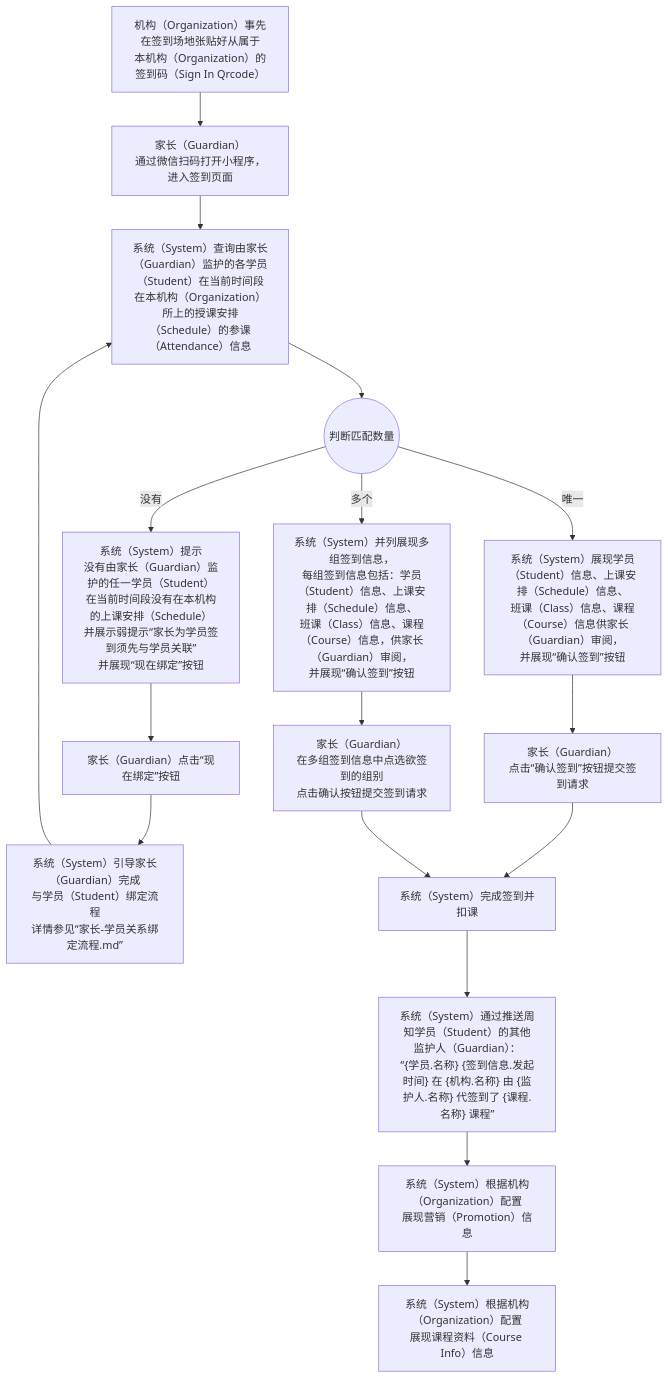
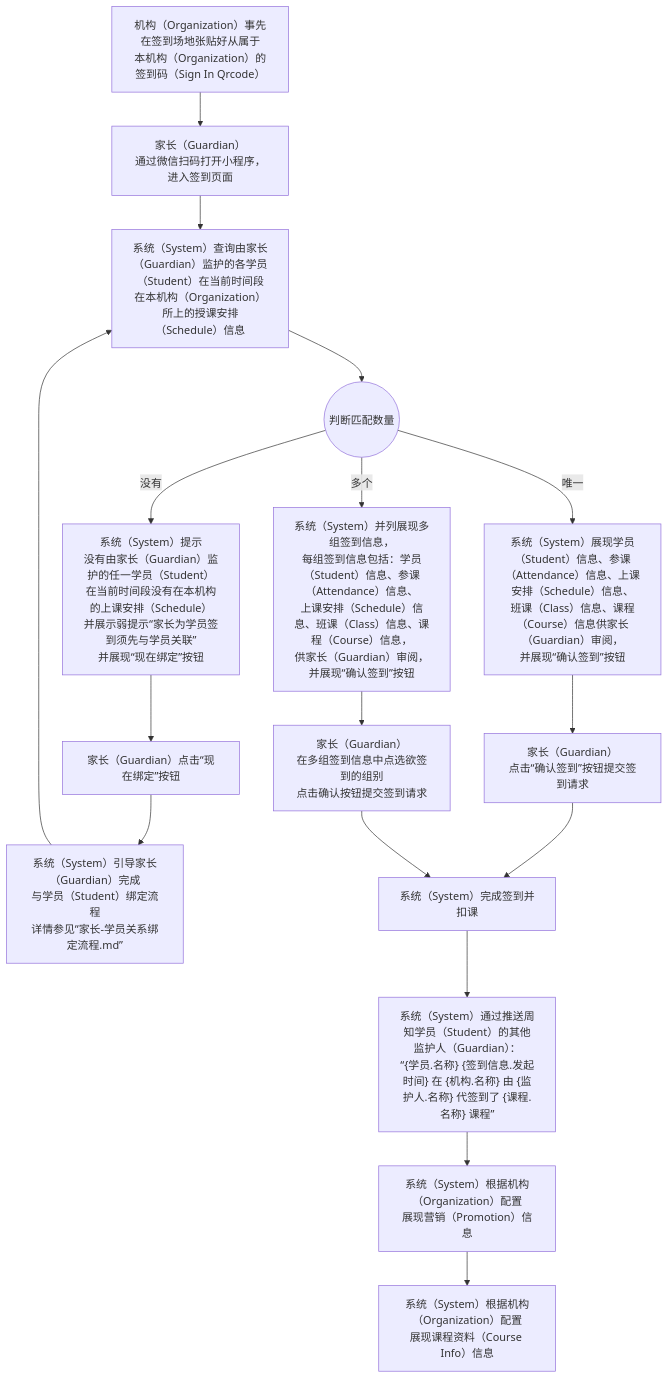
One commit to world-wide-web/sign changed the second of 3 diagrams in 用例/签到.md. Above: the diagram before and after it, drawn with Mermaid. The commit also changed other lines of this file, not shown here.

Commit message:
用例/签到.md updated from https://stackedit.io/

````diff
--- a/用例/签到.md
+++ b/用例/签到.md
@@ -44,34 +44,34 @@
 ```mermaid
 graph TD
 A["<center>机构（Organization）事先在签到场地张贴好从属于<br>本机构（Organization）的签到码（Sign In Qrcode）</center>"]
 B["<center>家长（Guardian）<br>通过微信扫码打开小程序，进入签到页面</center>"]
-C["<center>系统（System）查询由家长（Guardian）监护的各学员（Student）在当前时间段<br>在本机构（Organization）所上的授课安排（Schedule）的参课（Attendance）信息"]
+C["<center>系统（System）查询由家长（Guardian）监护的各学员（Student）在当前时间段<br>在本机构（Organization）所上的授课安排（Schedule）信息"]
 D(("<center>判断匹配数量</center>"))
 D0["<center>系统（System）提示<br>没有由家长（Guardian）监护的任一学员（Student）<br>在当前时间段没有在本机构的上课安排（Schedule）<br>并展示弱提示“家长为学员签到须先与学员关联”<br>并展现“现在绑定”按钮</center>"]
 D0A["<center>家长（Guardian）点击“现在绑定”按钮</center>"]
 D0B["<center>系统（System）引导家长（Guardian）完成<br>与学员（Student）绑定流程<br>详情参见“家长-学员关系绑定流程.md”</center>"]
-D1["<center>系统（System）展现学员（Student）信息、上课安排（Schedule）信息、<br>班课（Class）信息、课程（Course）信息供家长（Guardian）审阅，<br>并展现“确认签到”按钮</center>"]
+D1["<center>系统（System）展现学员（Student）信息、参课（Attendance）信息、上课安排（Schedule）信息、<br>班课（Class）信息、课程（Course）信息供家长（Guardian）审阅，<br>并展现“确认签到”按钮</center>"]
 D1A["<center>家长（Guardian）<br>点击“确认签到”按钮提交签到请求</center>"]
-Dn["<center>系统（System）并列展现多组签到信息，<br>每组签到信息包括：学员（Student）信息、上课安排（Schedule）信息、<br>班课（Class）信息、课程（Course）信息，供家长（Guardian）审阅，<br>并展现“确认签到”按钮</center>"]
+Dn["<center>系统（System）并列展现多组签到信息，<br>每组签到信息包括：学员（Student）信息、参课（Attendance）信息、<br>上课安排（Schedule）信息、班课（Class）信息、课程（Course）信息，<br>供家长（Guardian）审阅，并展现“确认签到”按钮</center>"]
 DnA["<center>家长（Guardian）<br>在多组签到信息中点选欲签到的组别<br>点击确认按钮提交签到请求</center>"]
 E["<center>系统（System）完成签到并扣课</center>"]
 F["<center>系统（System）通过推送周知学员（Student）的其他监护人（Guardian）：<br>“{学员.名称} {签到信息.发起时间} 在 {机构.名称} 由 {监护人.名称} 代签到了 {课程.名称} 课程”</center>"]
 G["<center>系统（System）根据机构（Organization）配置<br>展现营销（Promotion）信息</center>"]
 H["<center>系统（System）根据机构（Organization）配置<br>展现课程资料（Course Info）信息</center>"]
 A-->B
 B-->C
 C-->D
 D--没有-->D0
 D0-->D0A
 D0A-->D0B
 D0B-->C
 D--唯一-->D1
 D1-->D1A
 D1A-->E
 D--多个-->Dn
 Dn-->DnA
 DnA-->E
 E-->F
 F-->G
 G-->H
 ```
````
